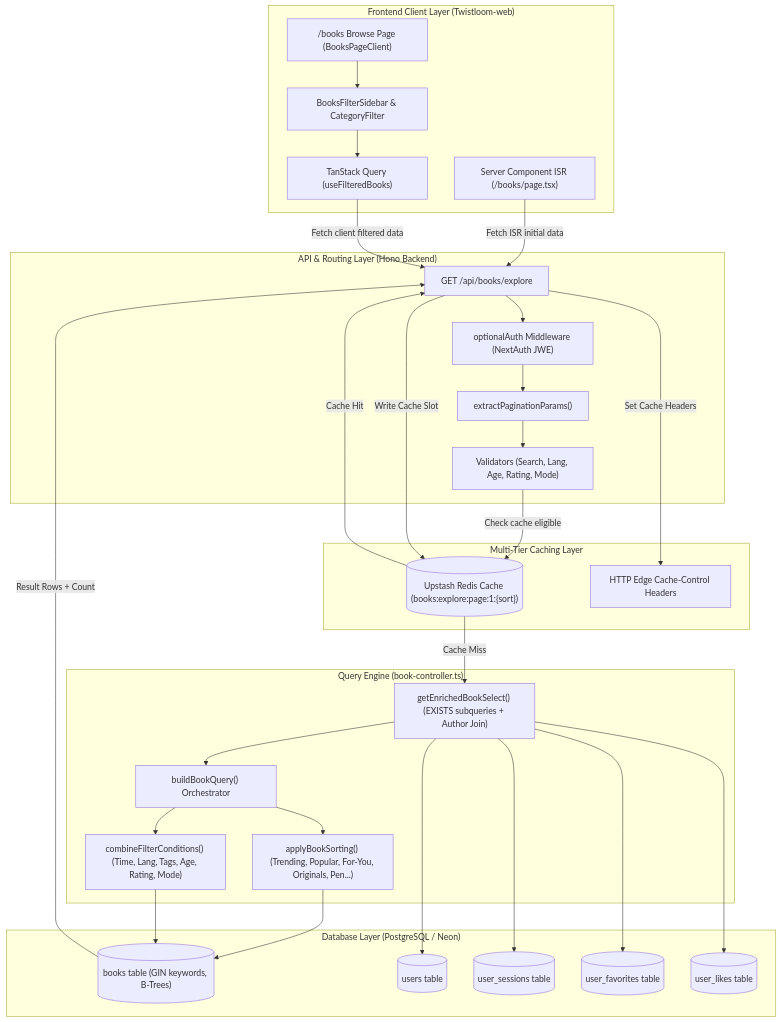
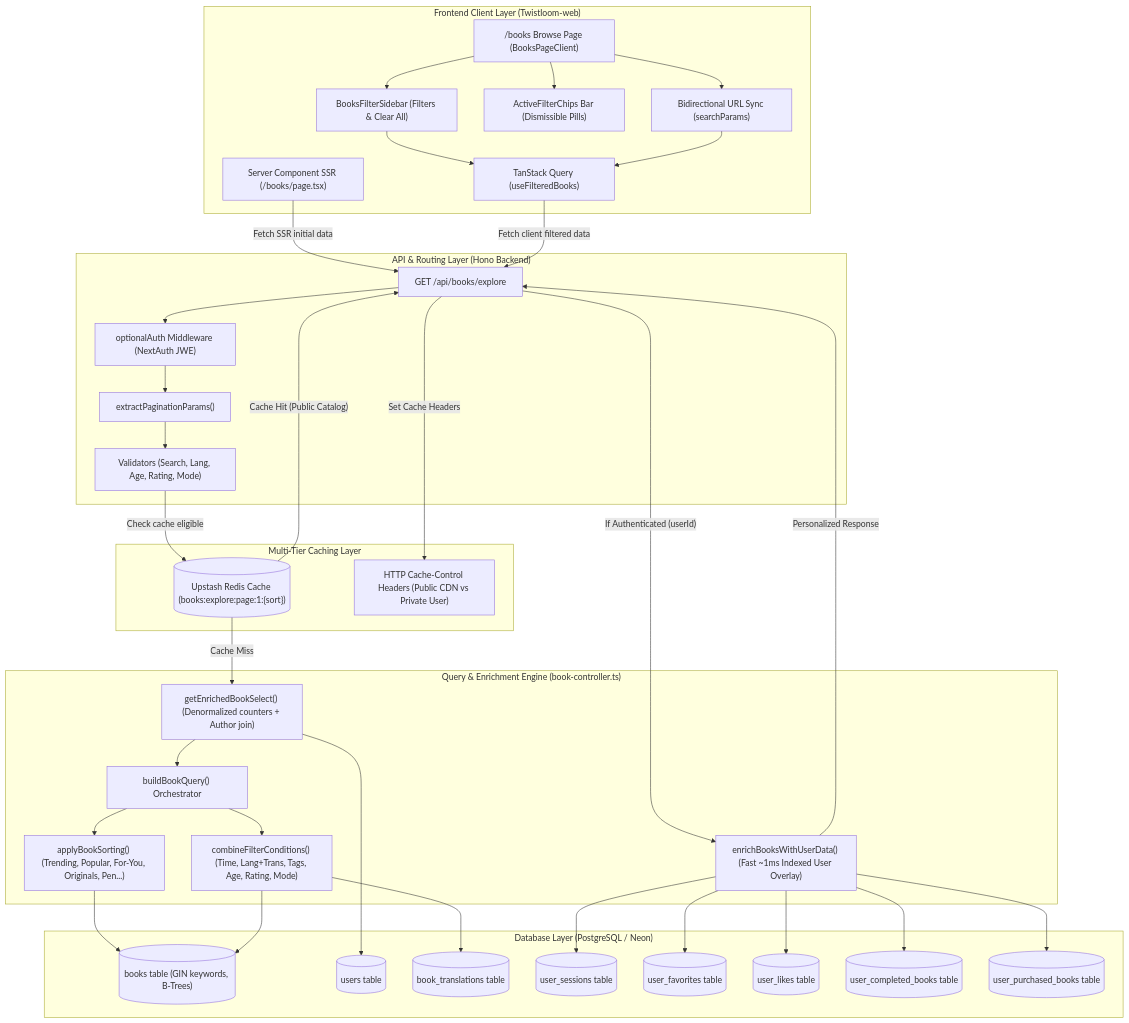
One commit to txufiknr/Twistloom-backend changed the first of 2 diagrams in docs/architecture/BOOK_EXPLORE_FILTER_SORTING_ARCHITECTURE.md. Above: the diagram before and after it, drawn with Mermaid. The commit also changed other lines of this file and 3 other files, not shown here.

````diff
--- a/docs/architecture/BOOK_EXPLORE_FILTER_SORTING_ARCHITECTURE.md
+++ b/docs/architecture/BOOK_EXPLORE_FILTER_SORTING_ARCHITECTURE.md
@@ -18,62 +20,75 @@
 ```mermaid
 flowchart TB
     subgraph Client_Layer["Frontend Client Layer (Twistloom-web)"]
         UI["/books Browse Page (BooksPageClient)"]
-        SSR["Server Component ISR (/books/page.tsx)"]
-        SIDEBAR["BooksFilterSidebar & CategoryFilter"]
+        SSR["Server Component SSR (/books/page.tsx)"]
+        SIDEBAR["BooksFilterSidebar (Filters & Clear All)"]
+        CHIPS["ActiveFilterChips Bar (Dismissible Pills)"]
         TANSTACK["TanStack Query (useFilteredBooks)"]
+        URL_SYNC["Bidirectional URL Sync (searchParams)"]
     end
 
     subgraph API_Layer["API & Routing Layer (Hono Backend)"]
         AUTH["optionalAuth Middleware (NextAuth JWE)"]
         ROUTE["GET /api/books/explore"]
         PARAMS["extractPaginationParams()"]
         VALID["Validators (Search, Lang, Age, Rating, Mode)"]
     end
 
     subgraph Cache_Layer["Multi-Tier Caching Layer"]
         REDIS[("Upstash Redis Cache (books:explore:page:1:{sort})")]
-        CDN["HTTP Edge Cache-Control Headers"]
+        CDN["HTTP Cache-Control Headers (Public CDN vs Private User)"]
     end
 
-    subgraph Query_Engine["Query Engine (book-controller.ts)"]
-        SELECT["getEnrichedBookSelect() (EXISTS subqueries + Author Join)"]
+    subgraph Controller_Layer["Query & Enrichment Engine (book-controller.ts)"]
+        SELECT["getEnrichedBookSelect() (Denormalized counters + Author join)"]
         BBQ["buildBookQuery() Orchestrator"]
-        FILTERS["combineFilterConditions() (Time, Lang, Tags, Age, Rating, Mode)"]
+        FILTERS["combineFilterConditions() (Time, Lang+Trans, Tags, Age, Rating, Mode)"]
         SORTING["applyBookSorting() (Trending, Popular, For-You, Originals, Pen...)"]
+        ENRICH["enrichBooksWithUserData() (Fast ~1ms Indexed User Overlay)"]
     end
 
     subgraph Storage_Layer["Database Layer (PostgreSQL / Neon)"]
         DB_BOOKS[("books table (GIN keywords, B-Trees)")]
         DB_USERS[("users table")]
+        DB_TRANS[("book_translations table")]
         DB_SESSIONS[("user_sessions table")]
         DB_FAVORITES[("user_favorites table")]
         DB_LIKES[("user_likes table")]
+        DB_COMPLETED[("user_completed_books table")]
+        DB_PURCHASED[("user_purchased_books table")]
     end
 
-    SSR -->|Fetch ISR initial data| ROUTE
+    SSR -->|Fetch SSR initial data| ROUTE
     UI --> SIDEBAR
+    UI --> CHIPS
+    UI --> URL_SYNC
     SIDEBAR --> TANSTACK
+    URL_SYNC --> TANSTACK
     TANSTACK -->|Fetch client filtered data| ROUTE
 
     ROUTE --> AUTH
     AUTH --> PARAMS
     PARAMS --> VALID
     VALID -->|Check cache eligible| REDIS
 
-    REDIS -->|Cache Hit| ROUTE
+    REDIS -->|"Cache Hit (Public Catalog)"| ROUTE
     REDIS -->|Cache Miss| SELECT
     SELECT --> BBQ
     BBQ --> FILTERS
     BBQ --> SORTING
     SORTING --> DB_BOOKS
     FILTERS --> DB_BOOKS
+    FILTERS --> DB_TRANS
     SELECT --> DB_USERS
-    SELECT --> DB_SESSIONS
-    SELECT --> DB_FAVORITES
-    SELECT --> DB_LIKES
 
-    DB_BOOKS -->|Result Rows + Count| ROUTE
-    ROUTE -->|Write Cache Slot| REDIS
+    ROUTE -->|"If Authenticated (userId)"| ENRICH
+    ENRICH --> DB_LIKES
+    ENRICH --> DB_FAVORITES
+    ENRICH --> DB_SESSIONS
+    ENRICH --> DB_COMPLETED
+    ENRICH --> DB_PURCHASED
+
+    ENRICH -->|Personalized Response| ROUTE
     ROUTE -->|Set Cache Headers| CDN
 ```
````
